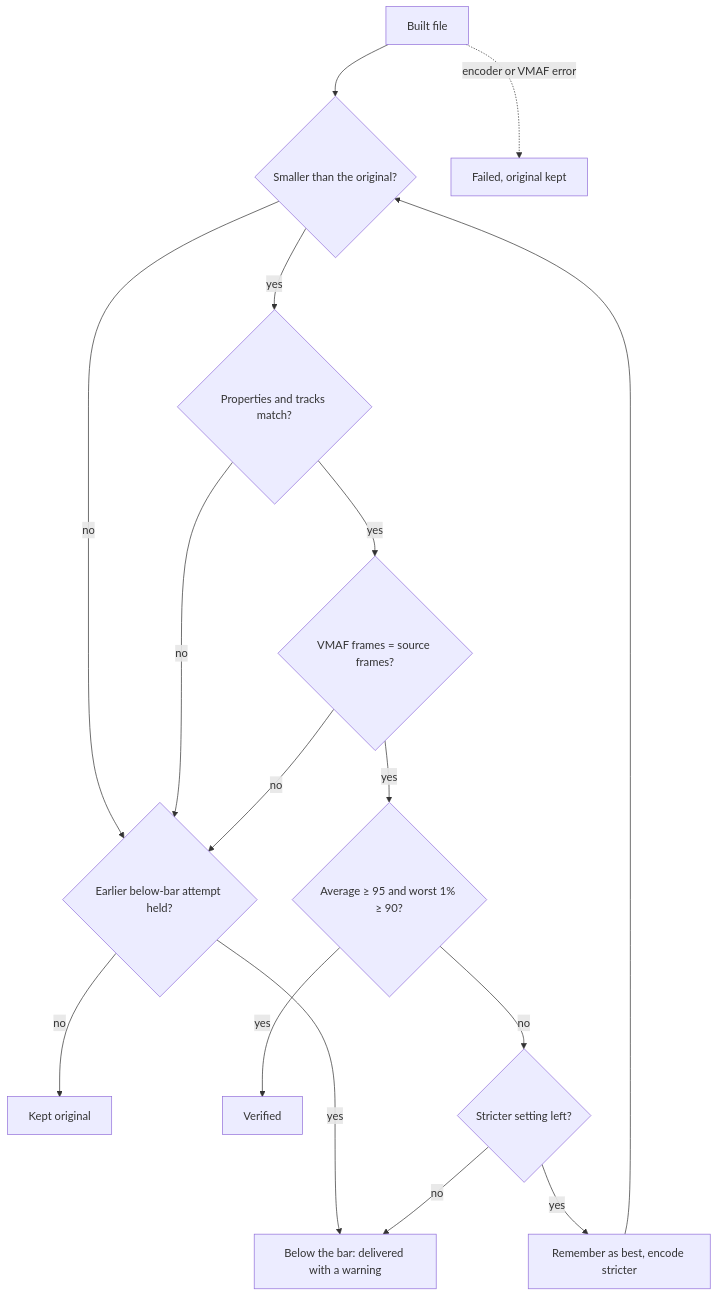
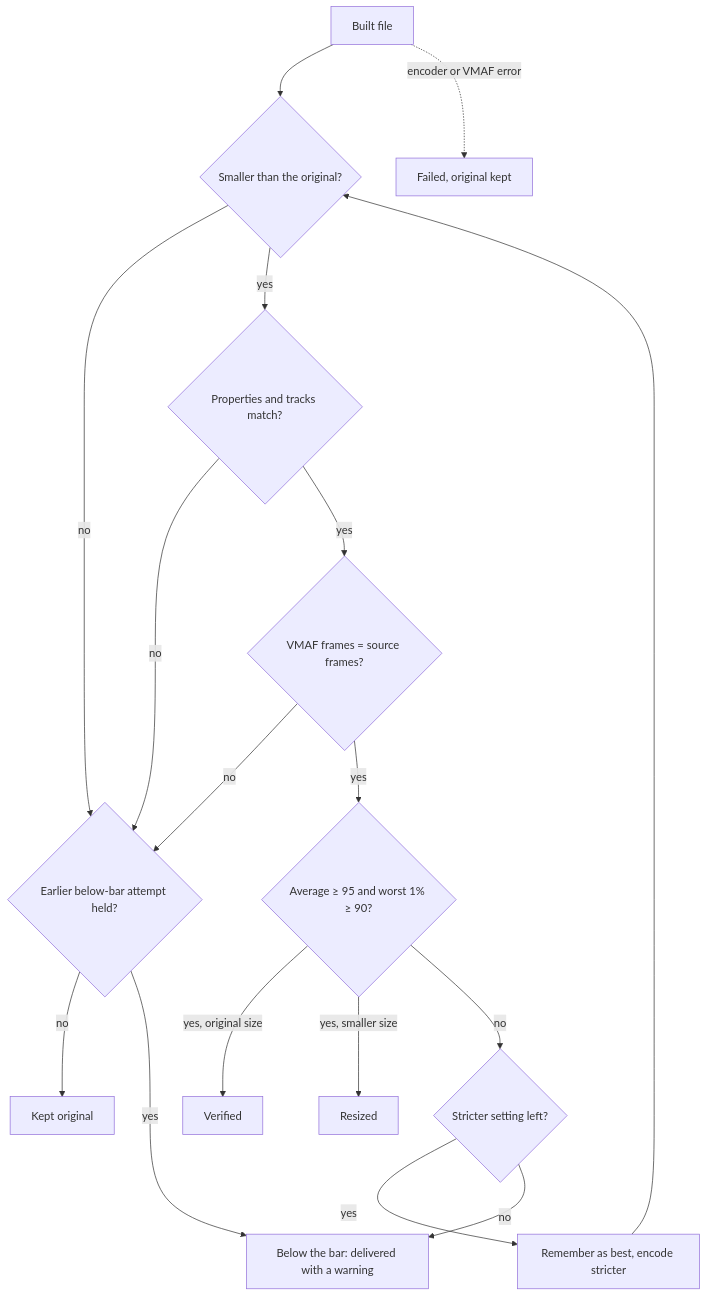
One commit to BartVG/ClipShrink changed the diagram in docs/internals/quality.md. Above: the diagram before and after it, drawn with Mermaid. The commit also changed other lines of this file and 1 other file, not shown here.

Commit message:
Docs: show settings, shrinking and failures in the pipeline flowcharts
The How it works and Quality charts only described the default path. They
now show the choices from Settings, the optional shrink, the comparison at
the target size, the Resized result and the Failed path.

````diff
--- a/docs/internals/quality.md
+++ b/docs/internals/quality.md
@@ -29,18 +29,19 @@
 ```mermaid
 flowchart TD
     A["Built file"] --> B{"Smaller than the original?"}
     B -- no --> R{"Earlier below-bar attempt held?"}
     R -- no --> K["Kept original"]
     R -- yes --> W
     B -- yes --> C{"Properties and tracks match?"}
     C -- no --> R
     C -- yes --> D{"VMAF frames = source frames?"}
     D -- no --> R
     D -- yes --> E{"Average ≥ 95 and worst 1% ≥ 90?"}
-    E -- yes --> V["Verified"]
+    E -- "yes, original size" --> V["Verified"]
+    E -- "yes, smaller size" --> Z["Resized"]
     E -- no --> F{"Stricter setting left?"}
     F -- yes --> G["Remember as best, encode stricter"]
     G --> B
     F -- no --> W["Below the bar: delivered with a warning"]
     A -. "encoder or VMAF error" .-> X["Failed, original kept"]
 ```
````
